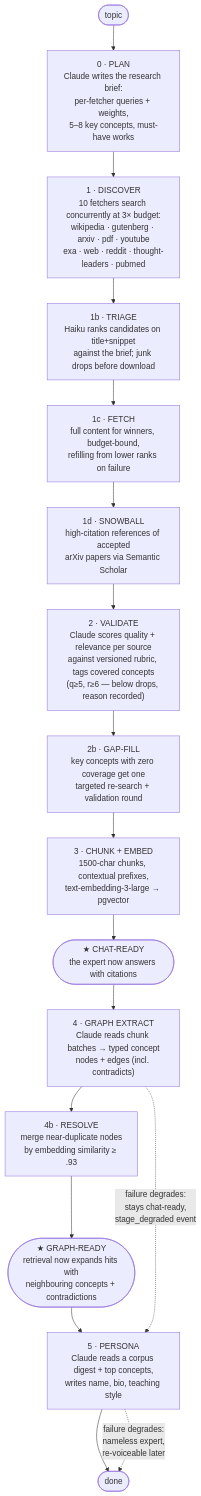
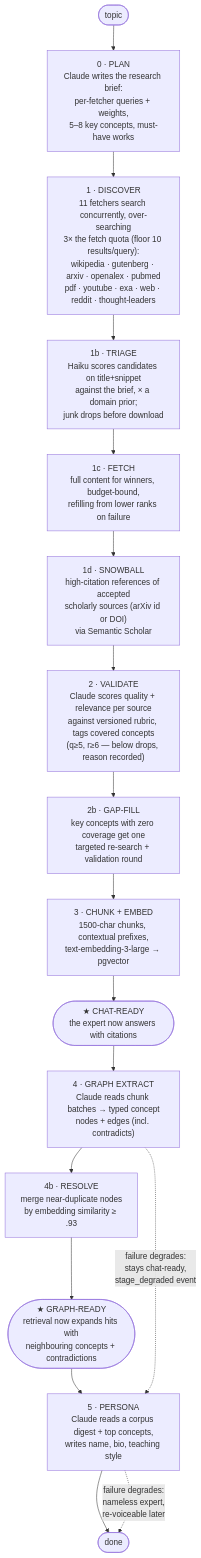
One commit to F0xhopper/Peritus changed the third of 4 diagrams in docs/build-flow.md. Above: the diagram before and after it, drawn with Mermaid. The commit also changed other lines of this file and 15 other files, not shown here.

````diff
--- a/docs/build-flow.md
+++ b/docs/build-flow.md
@@ -151,19 +151,19 @@
 ```mermaid
 flowchart TD
     T(["topic"]) --> P["0 · PLAN<br/>Claude writes the research brief:<br/>per-fetcher queries + weights,<br/>5–8 key concepts, must-have works"]
-    P --> D["1 · DISCOVER<br/>10 fetchers search concurrently at 3× budget:<br/>wikipedia · gutenberg · arxiv · pdf · youtube<br/>exa · web · reddit · thought-leaders · pubmed"]
-    D --> TR["1b · TRIAGE<br/>Haiku ranks candidates on title+snippet<br/>against the brief; junk drops before download"]
+    P --> D["1 · DISCOVER<br/>11 fetchers search concurrently, over-searching<br/>3× the fetch quota (floor 10 results/query):<br/>wikipedia · gutenberg · arxiv · openalex · pubmed<br/>pdf · youtube · exa · web · reddit · thought-leaders"]
+    D --> TR["1b · TRIAGE<br/>Haiku scores candidates on title+snippet<br/>against the brief, × a domain prior;<br/>junk drops before download"]
     TR --> F["1c · FETCH<br/>full content for winners, budget-bound,<br/>refilling from lower ranks on failure"]
-    F --> SB["1d · SNOWBALL<br/>high-citation references of accepted<br/>arXiv papers via Semantic Scholar"]
+    F --> SB["1d · SNOWBALL<br/>high-citation references of accepted<br/>scholarly sources (arXiv id or DOI)<br/>via Semantic Scholar"]
     SB --> V["2 · VALIDATE<br/>Claude scores quality + relevance per source<br/>against versioned rubric, tags covered concepts<br/>(q≥5, r≥6 — below drops, reason recorded)"]
     V --> G["2b · GAP-FILL<br/>key concepts with zero coverage get one<br/>targeted re-search + validation round"]
     G --> CE["3 · CHUNK + EMBED<br/>1500-char chunks, contextual prefixes,<br/>text-embedding-3-large → pgvector"]
     CE --> CR(["★ CHAT-READY<br/>the expert now answers with citations"])
     CR --> GX["4 · GRAPH EXTRACT<br/>Claude reads chunk batches → typed concept<br/>nodes + edges (incl. contradicts)"]
     GX --> ER["4b · RESOLVE<br/>merge near-duplicate nodes<br/>by embedding similarity ≥ .93"]
     ER --> GR(["★ GRAPH-READY<br/>retrieval now expands hits with<br/>neighbouring concepts + contradictions"])
     GR --> PE["5 · PERSONA<br/>Claude reads a corpus digest + top concepts,<br/>writes name, bio, teaching style"]
     PE --> DONE(["done"])
     GX -. "failure degrades:<br/>stays chat-ready,<br/>stage_degraded event" .-> PE
     PE -. "failure degrades:<br/>nameless expert,<br/>re-voiceable later" .-> DONE
 ```
````
